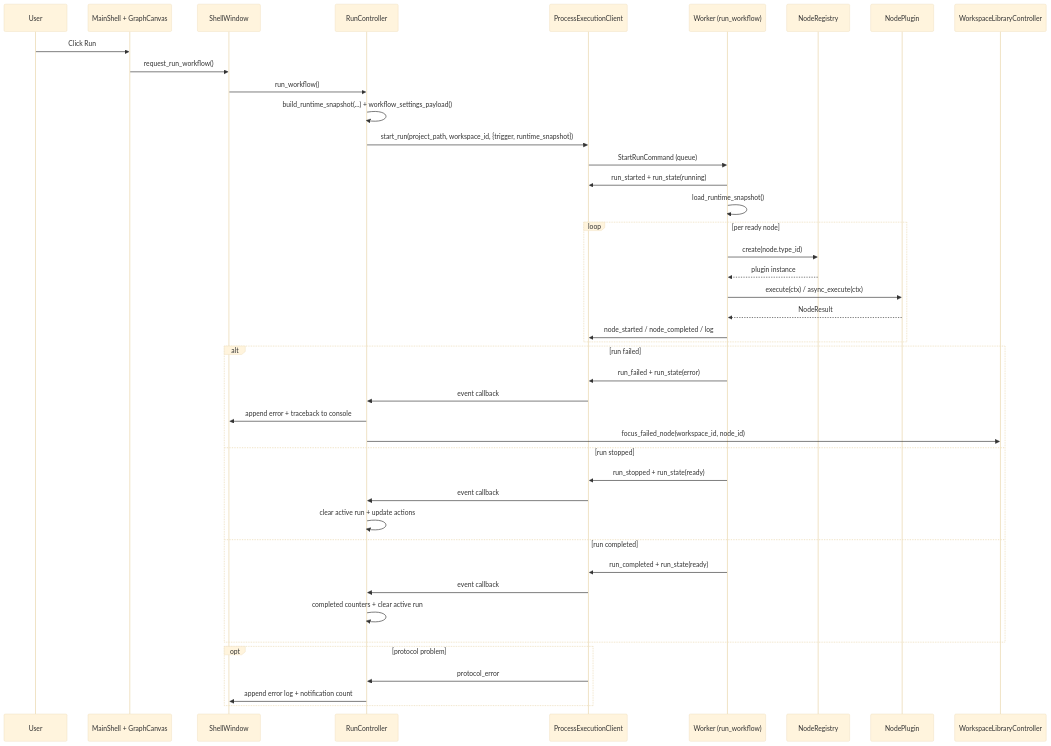
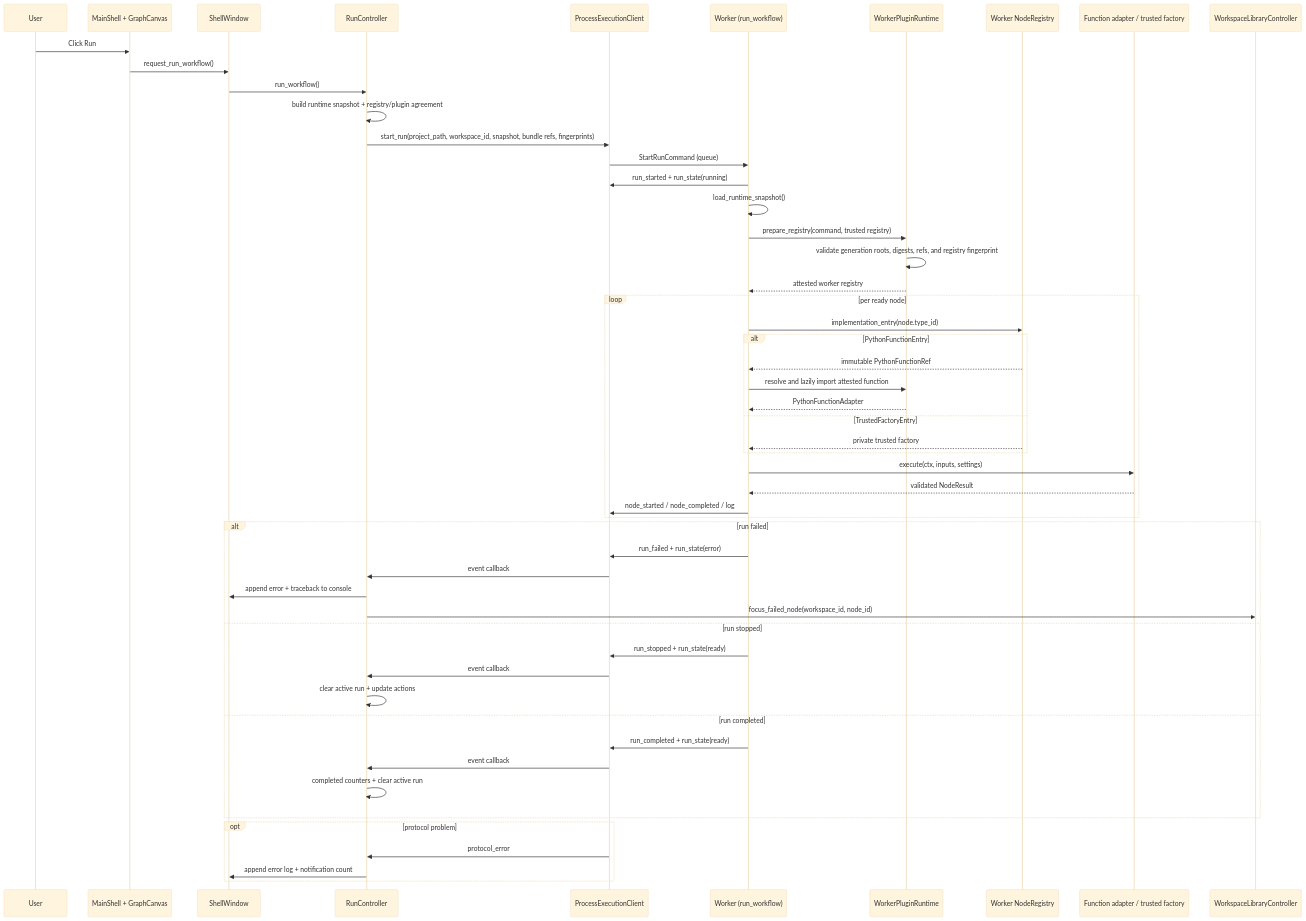
One commit to emreatay993/EA_Node changed the third of 3 diagrams in ARCHITECTURE.md. Above: the diagram before and after it, drawn with Mermaid (base theme). The commit also changed other lines of this file and 127 other files, not shown here.

Commit message:
Complete novice function plugin SDK closeout

````diff
--- a/ARCHITECTURE.md
+++ b/ARCHITECTURE.md
@@ -444,49 +525,59 @@
 ```mermaid
 sequenceDiagram
     participant User
     participant QML as MainShell + GraphCanvas
     participant SW as ShellWindow
     participant RC as RunController
     participant EC as ProcessExecutionClient
     participant W as Worker (run_workflow)
-    participant R as NodeRegistry
-    participant P as NodePlugin
+    participant PR as WorkerPluginRuntime
+    participant R as Worker NodeRegistry
+    participant I as Function adapter / trusted factory
     participant WLC as WorkspaceLibraryController
 
     User->>QML: Click Run
     QML->>SW: request_run_workflow()
     SW->>RC: run_workflow()
-    RC->>RC: build_runtime_snapshot(...) + workflow_settings_payload()
-    RC->>EC: start_run(project_path, workspace_id, {trigger, runtime_snapshot})
+    RC->>RC: build runtime snapshot + registry/plugin agreement
+    RC->>EC: start_run(project_path, workspace_id, snapshot, bundle refs, fingerprints)
     EC->>W: StartRunCommand (queue)
     W->>EC: run_started + run_state(running)
     W->>W: load_runtime_snapshot()
+    W->>PR: prepare_registry(command, trusted registry)
+    PR->>PR: validate generation roots, digests, refs, and registry fingerprint
+    PR-->>W: attested worker registry
 
     loop per ready node
-        W->>R: create(node.type_id)
-        R-->>W: plugin instance
-        W->>P: execute(ctx) / async_execute(ctx)
-        P-->>W: NodeResult
+        W->>R: implementation_entry(node.type_id)
+        alt PythonFunctionEntry
+            R-->>W: immutable PythonFunctionRef
+            W->>PR: resolve and lazily import attested function
+            PR-->>W: PythonFunctionAdapter
+        else TrustedFactoryEntry
+            R-->>W: private trusted factory
+        end
+        W->>I: execute(ctx, inputs, settings)
+        I-->>W: validated NodeResult
         W->>EC: node_started / node_completed / log
     end
 
     alt run failed
         W->>EC: run_failed + run_state(error)
         EC->>RC: event callback
         RC->>SW: append error + traceback to console
         RC->>WLC: focus_failed_node(workspace_id, node_id)
     else run stopped
         W->>EC: run_stopped + run_state(ready)
         EC->>RC: event callback
         RC->>RC: clear active run + update actions
     else run completed
         W->>EC: run_completed + run_state(ready)
         EC->>RC: event callback
         RC->>RC: completed counters + clear active run
     end
 
     opt protocol problem
         EC->>RC: protocol_error
         RC->>SW: append error log + notification count
     end
 ```
````
